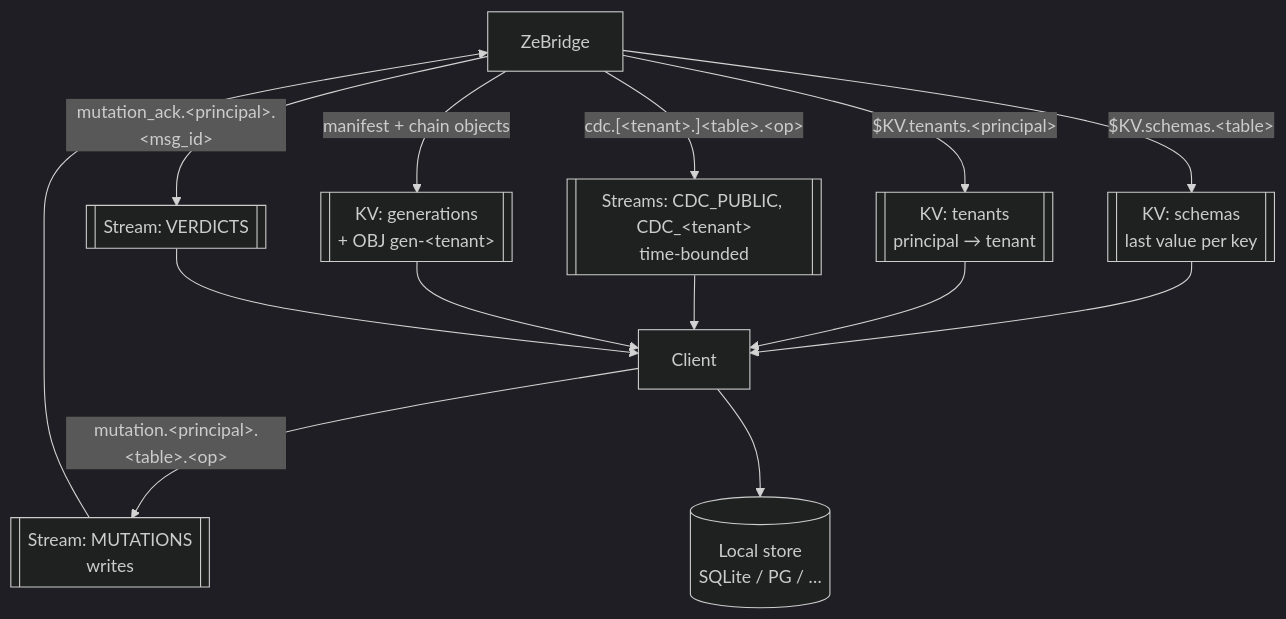
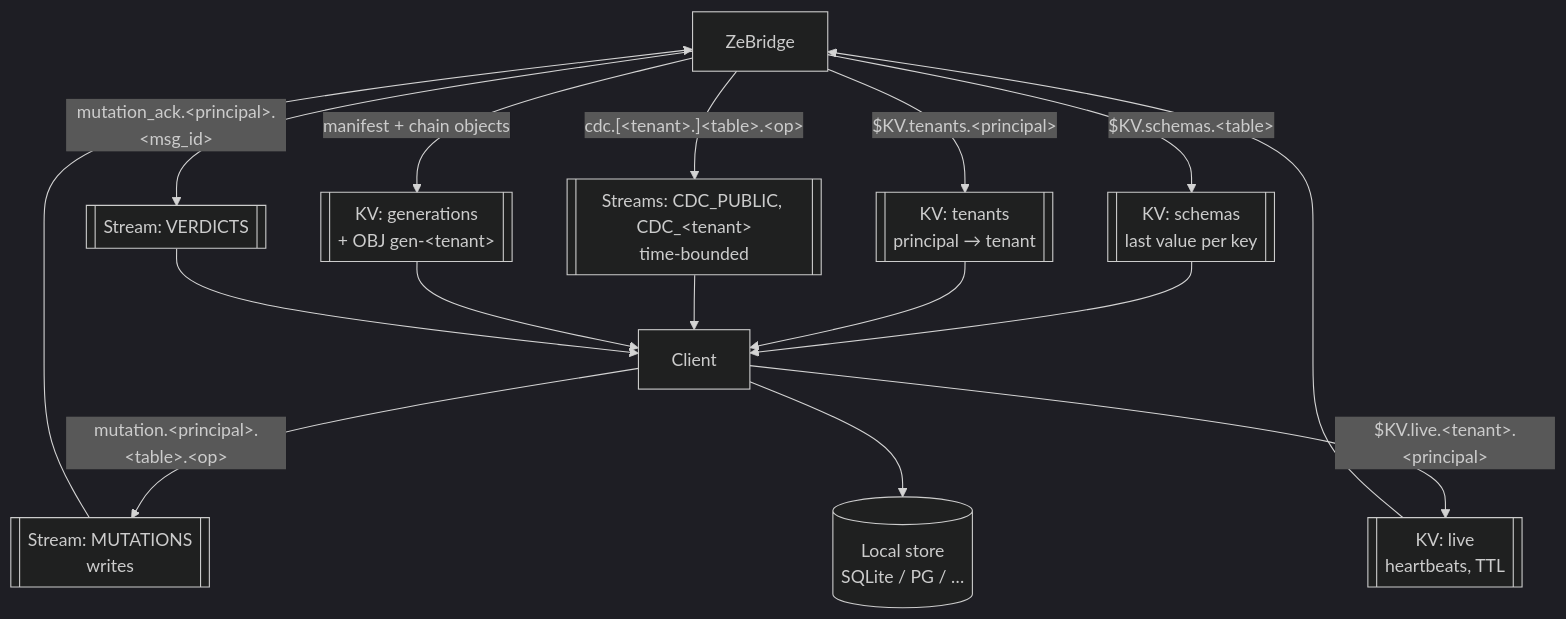
One commit to ndrean/ZeBridge changed the first of 4 diagrams in PROTOCOL.md. Above: the diagram before and after it, drawn with Mermaid (dark theme). The commit also changed other lines of this file, not shown here.

````diff
--- a/PROTOCOL.md
+++ b/PROTOCOL.md
@@ -165,16 +161,18 @@
 ```mermaid
 flowchart TD
   B[ZeBridge]-->|"$KV.schemas.&lt;table&gt;"| KV[["KV: schemas<br/>last value per key"]]
   B -->|"$KV.tenants.&lt;principal&gt;"| TEN[["KV: tenants<br/>principal → tenant"]]
   B -->|"cdc.[&lt;tenant&gt;.]&lt;table&gt;.&lt;op&gt;"| CDC[["Streams: CDC_PUBLIC, CDC_&lt;tenant&gt;<br/>time-bounded"]]
   B -->|"manifest + chain objects"| GEN[["KV: generations<br/>+ OBJ gen-&lt;tenant&gt;"]]
   KV --> C[Client]
   TEN --> C
   CDC --> C
   GEN --> C
   C -->|"mutation.&lt;principal&gt;.&lt;table&gt;.&lt;op&gt;"| MUT[["Stream: MUTATIONS<br/>writes"]]
   MUT --> B
   B -->|"mutation_ack.&lt;principal&gt;.&lt;msg_id&gt;"| VER[["Stream: VERDICTS"]]
   VER --> C
+  C -->|"$KV.live.&lt;tenant&gt;.&lt;principal&gt;"| LIVE[["KV: live<br/>heartbeats, TTL"]]
+  LIVE --> B
   C --> L[(Local store<br/>SQLite / PG / …)]
 ```
````
